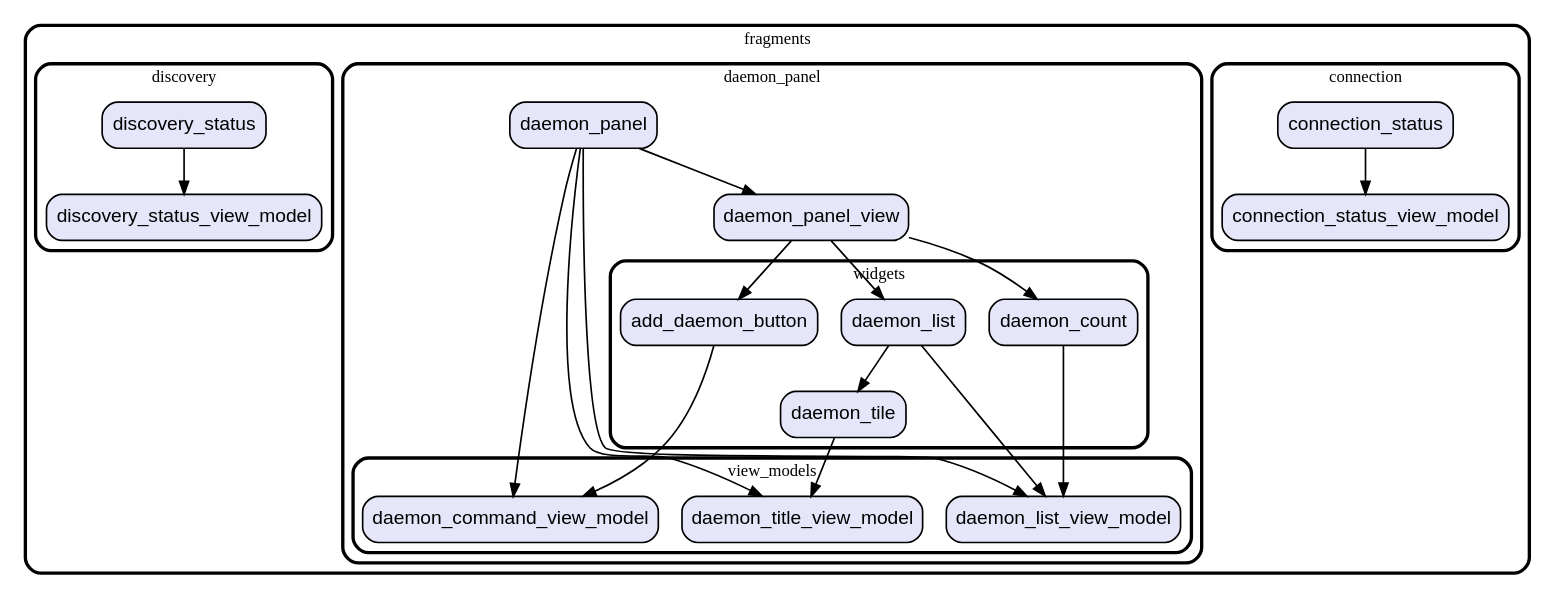
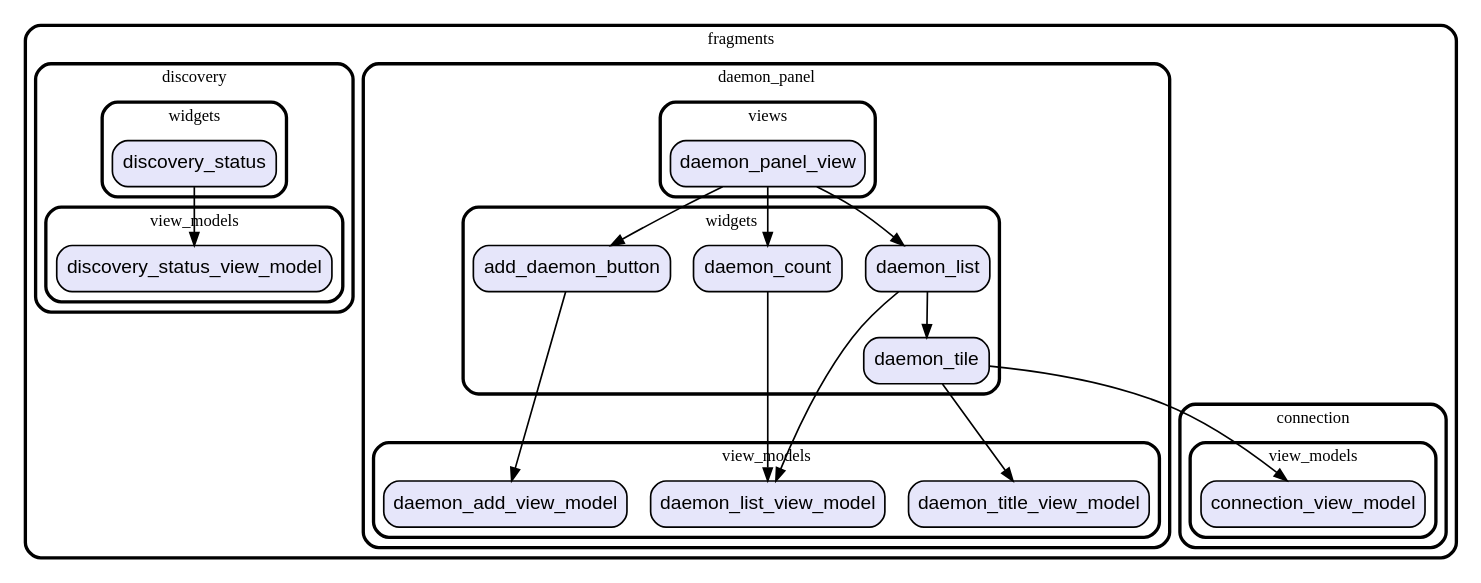
Before and after one commit to gev/reacthome-mobile: the diagram in graph/lib/ui/fragments.dot, drawn with Graphviz. The commit also changed 23 other files, not shown here.

Commit message:
update modules dependencies graph

```diff
--- a/graph/lib/ui/fragments.dot
+++ b/graph/lib/ui/fragments.dot
@@ -1,63 +1,67 @@
 digraph "" {
   graph [style=rounded fontname="Arial Black" fontsize=13 penwidth=2.6];
   node [shape=rect style="filled,rounded" fontname=Arial fontsize=15 fillcolor=Lavender penwidth=1.3];
   edge [penwidth=1.3];
-  "/connection/connection_status_view_model.dart" [label="connection_status_view_model"];
-  "/connection/connection_status.dart" [label="connection_status"];
-  "/daemon_panel/view_models/daemon_command_view_model.dart" [label="daemon_command_view_model"];
+  "/connection/view_models/connection_view_model.dart" [label="connection_view_model"];
+  "/daemon_panel/view_models/daemon_add_view_model.dart" [label="daemon_add_view_model"];
   "/daemon_panel/view_models/daemon_title_view_model.dart" [label="daemon_title_view_model"];
   "/daemon_panel/view_models/daemon_list_view_model.dart" [label="daemon_list_view_model"];
-  "/daemon_panel/daemon_panel.dart" [label="daemon_panel"];
-  "/daemon_panel/daemon_panel_view.dart" [label="daemon_panel_view"];
+  "/daemon_panel/views/daemon_panel_view.dart" [label="daemon_panel_view"];
   "/daemon_panel/widgets/daemon_tile.dart" [label="daemon_tile"];
   "/daemon_panel/widgets/daemon_list.dart" [label="daemon_list"];
   "/daemon_panel/widgets/daemon_count.dart" [label="daemon_count"];
   "/daemon_panel/widgets/add_daemon_button.dart" [label="add_daemon_button"];
-  "/discovery/discovery_status.dart" [label="discovery_status"];
-  "/discovery/discovery_status_view_model.dart" [label="discovery_status_view_model"];
+  "/discovery/view_models/discovery_status_view_model.dart" [label="discovery_status_view_model"];
+  "/discovery/widgets/discovery_status.dart" [label="discovery_status"];
   subgraph "cluster~" {
     label="fragments";
     subgraph "cluster~/connection" {
       label="connection";
-      "/connection/connection_status_view_model.dart";
-      "/connection/connection_status.dart";
+      subgraph "cluster~/connection/view_models" {
+        label="view_models";
+        "/connection/view_models/connection_view_model.dart";
+      }
     }
     subgraph "cluster~/daemon_panel" {
       label="daemon_panel";
-      "/daemon_panel/daemon_panel.dart";
-      "/daemon_panel/daemon_panel_view.dart";
       subgraph "cluster~/daemon_panel/view_models" {
         label="view_models";
-        "/daemon_panel/view_models/daemon_command_view_model.dart";
+        "/daemon_panel/view_models/daemon_add_view_model.dart";
         "/daemon_panel/view_models/daemon_title_view_model.dart";
         "/daemon_panel/view_models/daemon_list_view_model.dart";
+      }
+      subgraph "cluster~/daemon_panel/views" {
+        label="views";
+        "/daemon_panel/views/daemon_panel_view.dart";
       }
       subgraph "cluster~/daemon_panel/widgets" {
         label="widgets";
         "/daemon_panel/widgets/daemon_tile.dart";
         "/daemon_panel/widgets/daemon_list.dart";
         "/daemon_panel/widgets/daemon_count.dart";
         "/daemon_panel/widgets/add_daemon_button.dart";
       }
     }
     subgraph "cluster~/discovery" {
       label="discovery";
-      "/discovery/discovery_status.dart";
-      "/discovery/discovery_status_view_model.dart";
+      subgraph "cluster~/discovery/view_models" {
+        label="view_models";
+        "/discovery/view_models/discovery_status_view_model.dart";
+      }
+      subgraph "cluster~/discovery/widgets" {
+        label="widgets";
+        "/discovery/widgets/discovery_status.dart";
+      }
     }
   }
-  "/connection/connection_status.dart" -> "/connection/connection_status_view_model.dart";
-  "/daemon_panel/daemon_panel.dart" -> "/daemon_panel/daemon_panel_view.dart";
-  "/daemon_panel/daemon_panel.dart" -> "/daemon_panel/view_models/daemon_command_view_model.dart";
-  "/daemon_panel/daemon_panel.dart" -> "/daemon_panel/view_models/daemon_list_view_model.dart";
-  "/daemon_panel/daemon_panel.dart" -> "/daemon_panel/view_models/daemon_title_view_model.dart";
-  "/daemon_panel/daemon_panel_view.dart" -> "/daemon_panel/widgets/add_daemon_button.dart";
-  "/daemon_panel/daemon_panel_view.dart" -> "/daemon_panel/widgets/daemon_count.dart";
-  "/daemon_panel/daemon_panel_view.dart" -> "/daemon_panel/widgets/daemon_list.dart";
+  "/daemon_panel/views/daemon_panel_view.dart" -> "/daemon_panel/widgets/add_daemon_button.dart";
+  "/daemon_panel/views/daemon_panel_view.dart" -> "/daemon_panel/widgets/daemon_count.dart";
+  "/daemon_panel/views/daemon_panel_view.dart" -> "/daemon_panel/widgets/daemon_list.dart";
+  "/daemon_panel/widgets/daemon_tile.dart" -> "/connection/view_models/connection_view_model.dart";
   "/daemon_panel/widgets/daemon_tile.dart" -> "/daemon_panel/view_models/daemon_title_view_model.dart";
   "/daemon_panel/widgets/daemon_list.dart" -> "/daemon_panel/view_models/daemon_list_view_model.dart";
   "/daemon_panel/widgets/daemon_list.dart" -> "/daemon_panel/widgets/daemon_tile.dart";
   "/daemon_panel/widgets/daemon_count.dart" -> "/daemon_panel/view_models/daemon_list_view_model.dart";
-  "/daemon_panel/widgets/add_daemon_button.dart" -> "/daemon_panel/view_models/daemon_command_view_model.dart";
-  "/discovery/discovery_status.dart" -> "/discovery/discovery_status_view_model.dart";
+  "/daemon_panel/widgets/add_daemon_button.dart" -> "/daemon_panel/view_models/daemon_add_view_model.dart";
+  "/discovery/widgets/discovery_status.dart" -> "/discovery/view_models/discovery_status_view_model.dart";
 }
```
